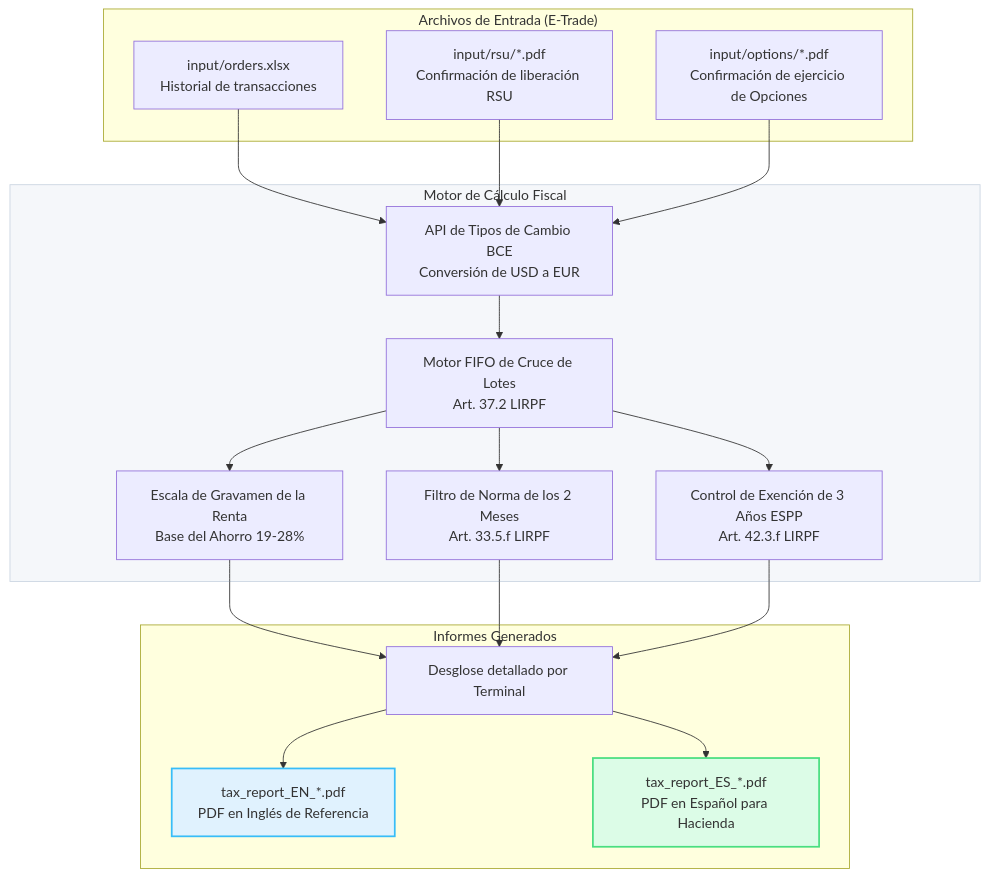
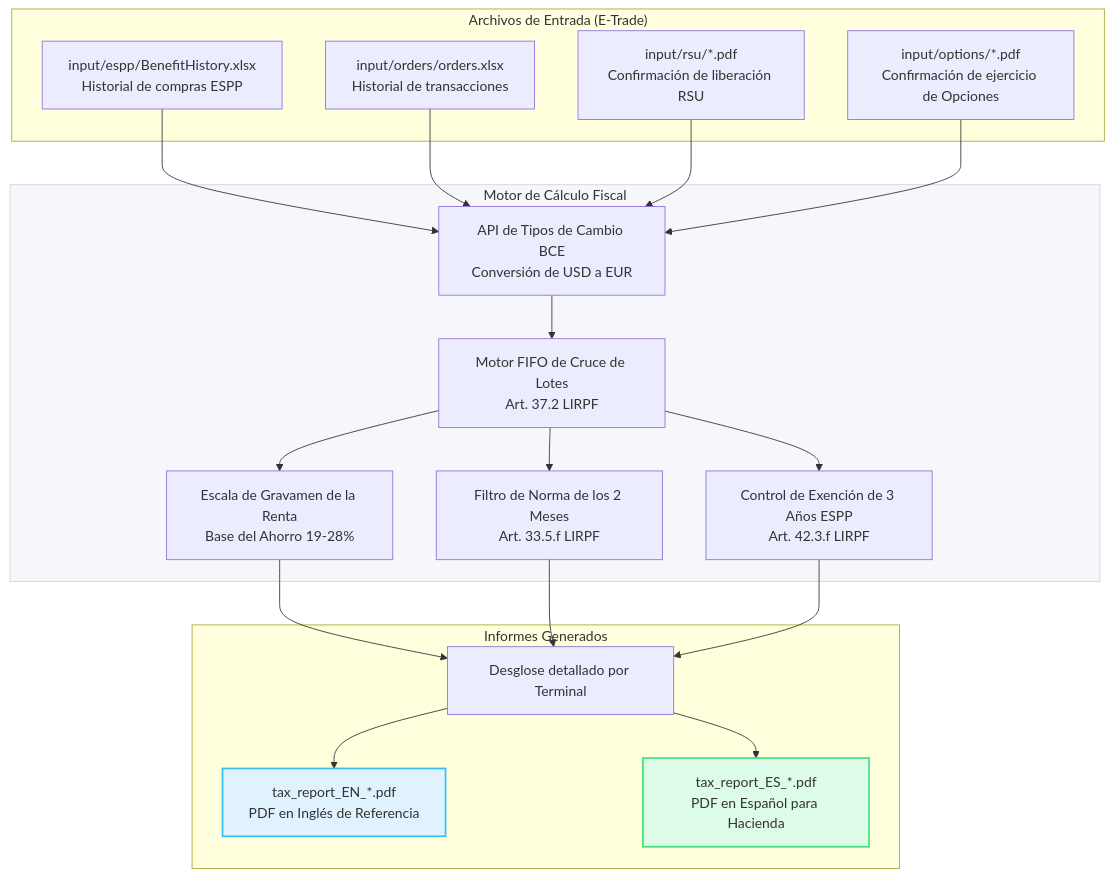
The diagram in docs/CALCULATOR_GUIDE_ES.md (manu7691/tax-broker-tools-esp), drawn with Mermaid before and after one commit. The commit also changed other lines of this file and 9 other files, not shown here.

````diff
--- a/docs/CALCULATOR_GUIDE_ES.md
+++ b/docs/CALCULATOR_GUIDE_ES.md
@@ -15,42 +15,44 @@
 ```mermaid
 graph TD
     subgraph Inputs["Archivos de Entrada (E-Trade)"]
-        A["input/orders.xlsx<br>Historial de transacciones"]
+        A["input/espp/BenefitHistory.xlsx<br>Historial de compras ESPP"]
+        A2["input/orders/orders.xlsx<br>Historial de transacciones"]
         B["input/rsu/*.pdf<br>Confirmación de liberación RSU"]
         C["input/options/*.pdf<br>Confirmación de ejercicio de Opciones"]
     end
 
     subgraph CoreEngine["Motor de Cálculo Fiscal"]
         D["API de Tipos de Cambio BCE<br>Conversión de USD a EUR"]
         E["Motor FIFO de Cruce de Lotes<br>Art. 37.2 LIRPF"]
         F["Escala de Gravamen de la Renta<br>Base del Ahorro 19-28%"]
         G["Filtro de Norma de los 2 Meses<br>Art. 33.5.f LIRPF"]
         H["Control de Exención de 3 Años ESPP<br>Art. 42.3.f LIRPF"]
     end
 
     subgraph Outputs["Informes Generados"]
         I["Desglose detallado por Terminal"]
         J["tax_report_EN_*.pdf<br>PDF en Inglés de Referencia"]
         K["tax_report_ES_*.pdf<br>PDF en Español para Hacienda"]
     end
 
     A --> D
+    A2 --> D
     B --> D
     C --> D
     
     D --> E
     E --> F
     E --> G
     E --> H
     
     F --> I
     G --> I
     H --> I
     
     I --> J
     I --> K
 
     style CoreEngine fill:#f5f7fa,stroke:#cbd5e1,stroke-width:1px
     style J fill:#e0f2fe,stroke:#38bdf8,stroke-width:2px
     style K fill:#dcfce7,stroke:#4ade80,stroke-width:2px
 ```
````
